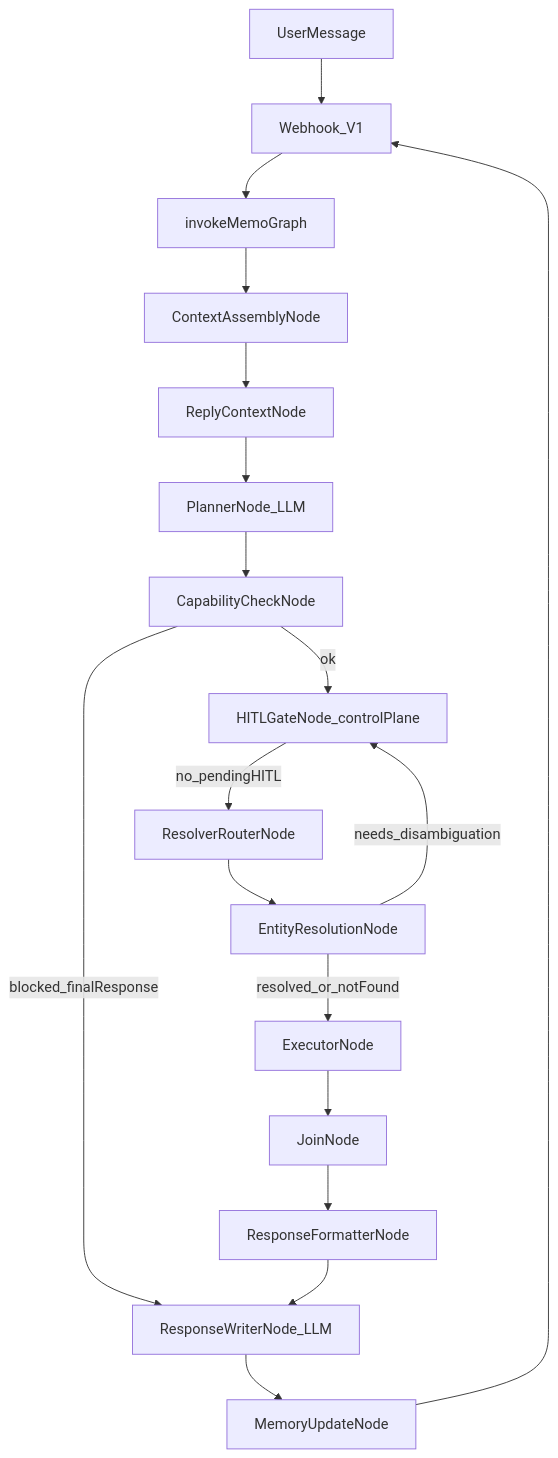
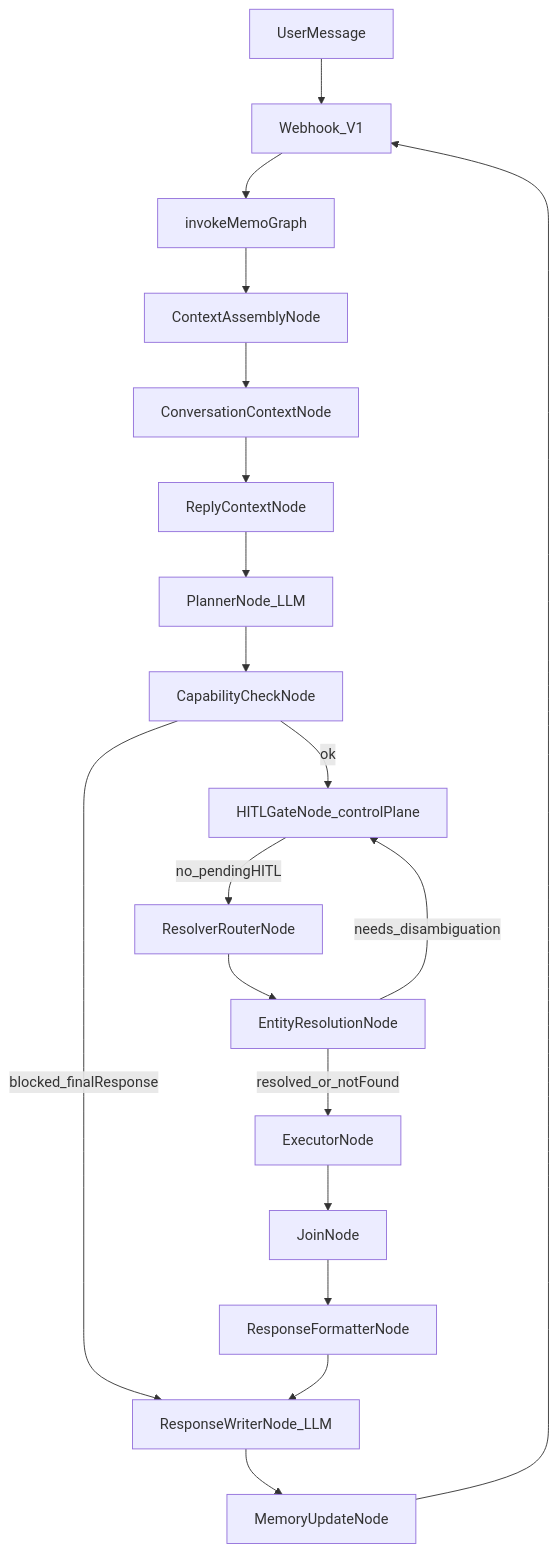
Before and after one commit to shonhazan123/whatsapp_ai_assistant-: the first of 5 diagrams in Memo_v2/docs/SYSTEM_DIAGRAM.md, drawn with Mermaid. The commit also changed 51 other files, not shown here.

````diff
--- a/Memo_v2/docs/SYSTEM_DIAGRAM.md
+++ b/Memo_v2/docs/SYSTEM_DIAGRAM.md
@@ -16,26 +16,27 @@
 ```mermaid
 flowchart TD
     userMessage[UserMessage] --> webhook[Webhook_V1]
     webhook --> invoke[invokeMemoGraph]
 
     invoke --> contextAssembly[ContextAssemblyNode]
-    contextAssembly --> replyContext[ReplyContextNode]
+    contextAssembly --> conversationContext[ConversationContextNode]
+    conversationContext --> replyContext[ReplyContextNode]
     replyContext --> planner[PlannerNode_LLM]
     planner --> capabilityCheck[CapabilityCheckNode]
 
     capabilityCheck -->|blocked_finalResponse| responseWriter[ResponseWriterNode_LLM]
     capabilityCheck -->|ok| hitlGate[HITLGateNode_controlPlane]
 
     hitlGate -->|no_pendingHITL| resolverRouter[ResolverRouterNode]
 
     resolverRouter --> entityResolution[EntityResolutionNode]
 
     entityResolution -->|needs_disambiguation| hitlGate
     entityResolution -->|resolved_or_notFound| executor[ExecutorNode]
 
     executor --> joinNode[JoinNode]
     joinNode --> responseFormatter[ResponseFormatterNode]
     responseFormatter --> responseWriter
     responseWriter --> memoryUpdate[MemoryUpdateNode]
     memoryUpdate --> webhook
 ```
````
